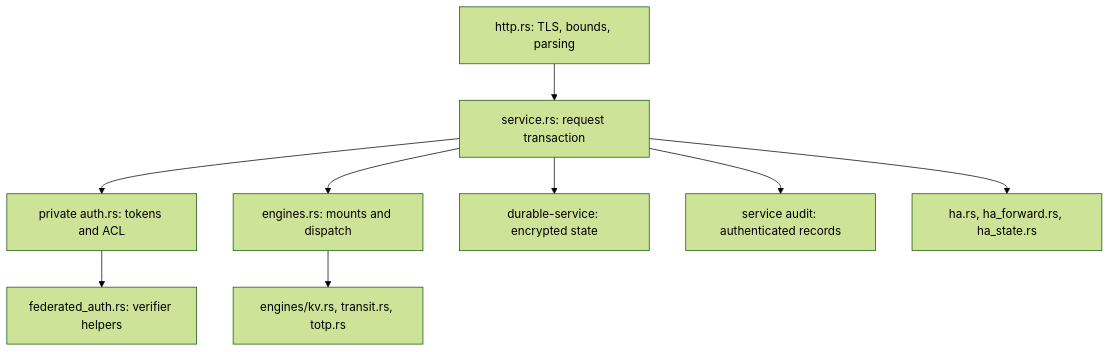
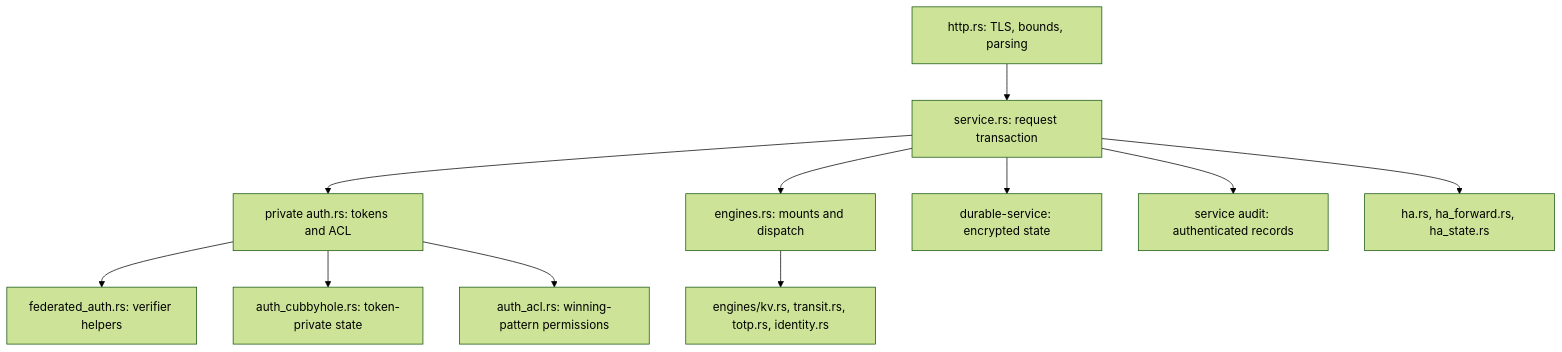
The second of 2 diagrams in docs/architecture/HEPTABAO_CURRENT_RUNTIME_ARCHITECTURE.md (TrillionniumFoundation/HeptaBao), drawn with Mermaid (forest theme) before and after one commit. The commit also changed other lines of this file and 16 other files, not shown here.

First line of the commit message:
feat: integrate durable token-private Cubbyhole and ACL specificity

````diff
--- a/docs/architecture/HEPTABAO_CURRENT_RUNTIME_ARCHITECTURE.md
+++ b/docs/architecture/HEPTABAO_CURRENT_RUNTIME_ARCHITECTURE.md
@@ -21,11 +21,13 @@
 ```mermaid
 flowchart TD
     Wire["http.rs: TLS, bounds, parsing"] --> Tx["service.rs: request transaction"]
     Tx --> Auth["private auth.rs: tokens and ACL"]
     Auth --> Login["federated_auth.rs: verifier helpers"]
+    Auth --> Cubbyhole["auth_cubbyhole.rs: token-private state"]
+    Auth --> ACL["auth_acl.rs: winning-pattern permissions"]
     Tx --> Engines["engines.rs: mounts and dispatch"]
-    Engines --> Backends["engines/kv.rs, transit.rs, totp.rs"]
+    Engines --> Backends["engines/kv.rs, transit.rs, totp.rs, identity.rs"]
     Tx --> Storage["durable-service: encrypted state"]
     Tx --> Audit["service audit: authenticated records"]
     Tx --> HA["ha.rs, ha_forward.rs, ha_state.rs"]
 ```
````
